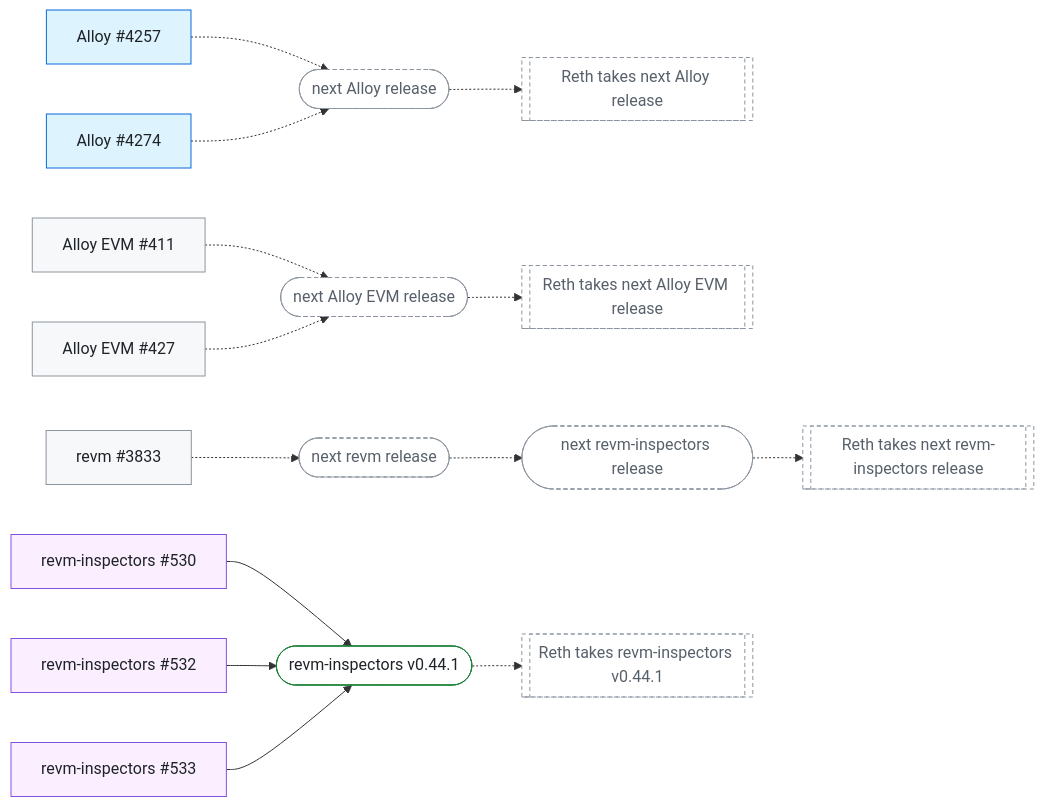
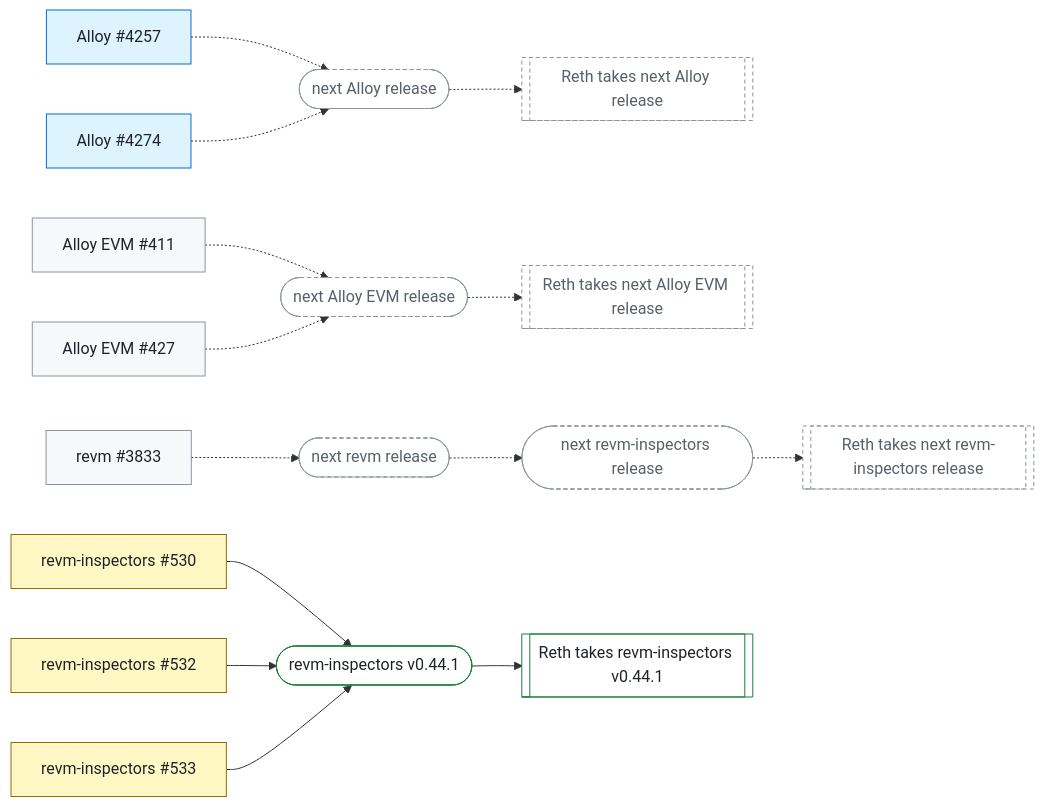
The third of 3 diagrams in docs/client-fixes.md (banteg/trace-interop), drawn with Mermaid before and after one commit. The commit also changed other lines of this file and 5 other files, not shown here.

Commit message:
docs(fixes): refresh pr states; reth picked up revm-inspectors 0.44.1

````diff
--- a/docs/client-fixes.md
+++ b/docs/client-fixes.md
@@ -162,38 +162,38 @@
 ```mermaid
 flowchart LR
   Alloy_4257["Alloy #4257"]:::merged
   next_Alloy_release(["next Alloy release"]):::pending
   Reth_takes_next_Alloy_release[["Reth takes next Alloy release"]]:::pending
   Alloy_4274["Alloy #4274"]:::merged
   Alloy_EVM_411["Alloy EVM #411"]:::open
   next_Alloy_EVM_release(["next Alloy EVM release"]):::pending
   Reth_takes_next_Alloy_EVM_release[["Reth takes next Alloy EVM release"]]:::pending
   Alloy_EVM_427["Alloy EVM #427"]:::open
   revm_3833["revm #3833"]:::open
   next_revm_release(["next revm release"]):::pending
   next_revm_inspectors_release(["next revm-inspectors release"]):::pending
   Reth_takes_next_revm_inspectors_release[["Reth takes next revm-inspectors release"]]:::pending
-  revm_inspectors_530["revm-inspectors #530"]:::released
+  revm_inspectors_530["revm-inspectors #530"]:::in_client
   revm_inspectors_v0_44_1(["revm-inspectors v0.44.1"]):::done
-  Reth_takes_revm_inspectors_v0_44_1[["Reth takes revm-inspectors v0.44.1"]]:::pending
-  revm_inspectors_532["revm-inspectors #532"]:::released
-  revm_inspectors_533["revm-inspectors #533"]:::released
+  Reth_takes_revm_inspectors_v0_44_1[["Reth takes revm-inspectors v0.44.1"]]:::done
+  revm_inspectors_532["revm-inspectors #532"]:::in_client
+  revm_inspectors_533["revm-inspectors #533"]:::in_client
   Alloy_4257 -.-> next_Alloy_release
   next_Alloy_release -.-> Reth_takes_next_Alloy_release
   Alloy_4274 -.-> next_Alloy_release
   Alloy_EVM_411 -.-> next_Alloy_EVM_release
   next_Alloy_EVM_release -.-> Reth_takes_next_Alloy_EVM_release
   Alloy_EVM_427 -.-> next_Alloy_EVM_release
   revm_3833 -.-> next_revm_release
   next_revm_release -.-> next_revm_inspectors_release
   next_revm_inspectors_release -.-> Reth_takes_next_revm_inspectors_release
   revm_inspectors_530 --> revm_inspectors_v0_44_1
-  revm_inspectors_v0_44_1 -.-> Reth_takes_revm_inspectors_v0_44_1
+  revm_inspectors_v0_44_1 --> Reth_takes_revm_inspectors_v0_44_1
   revm_inspectors_532 --> revm_inspectors_v0_44_1
   revm_inspectors_533 --> revm_inspectors_v0_44_1
   classDef open fill:#f6f8fa,stroke:#8c959f,color:#1f2328
   classDef merged fill:#ddf4ff,stroke:#0969da,color:#1f2328
-  classDef released fill:#fbefff,stroke:#8250df,color:#1f2328
+  classDef in_client fill:#fff8c5,stroke:#9a6700,color:#1f2328
   classDef done fill:#ffffff,stroke:#1a7f37,color:#1f2328
   classDef pending fill:#ffffff,stroke:#8c959f,stroke-dasharray:4 3,color:#57606a
 ```
````
